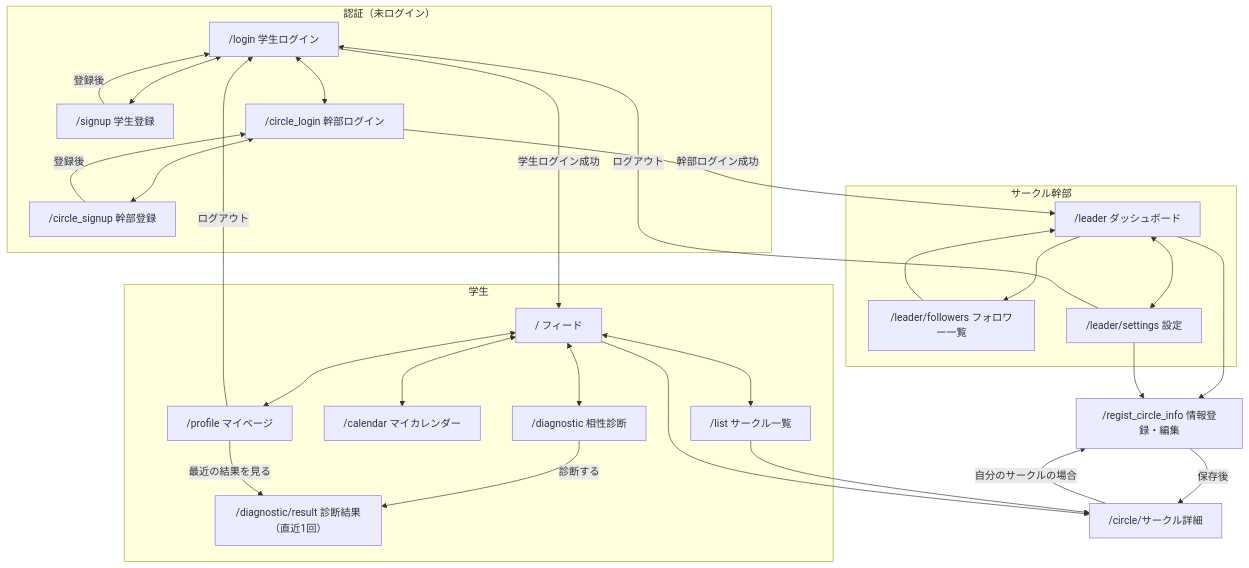
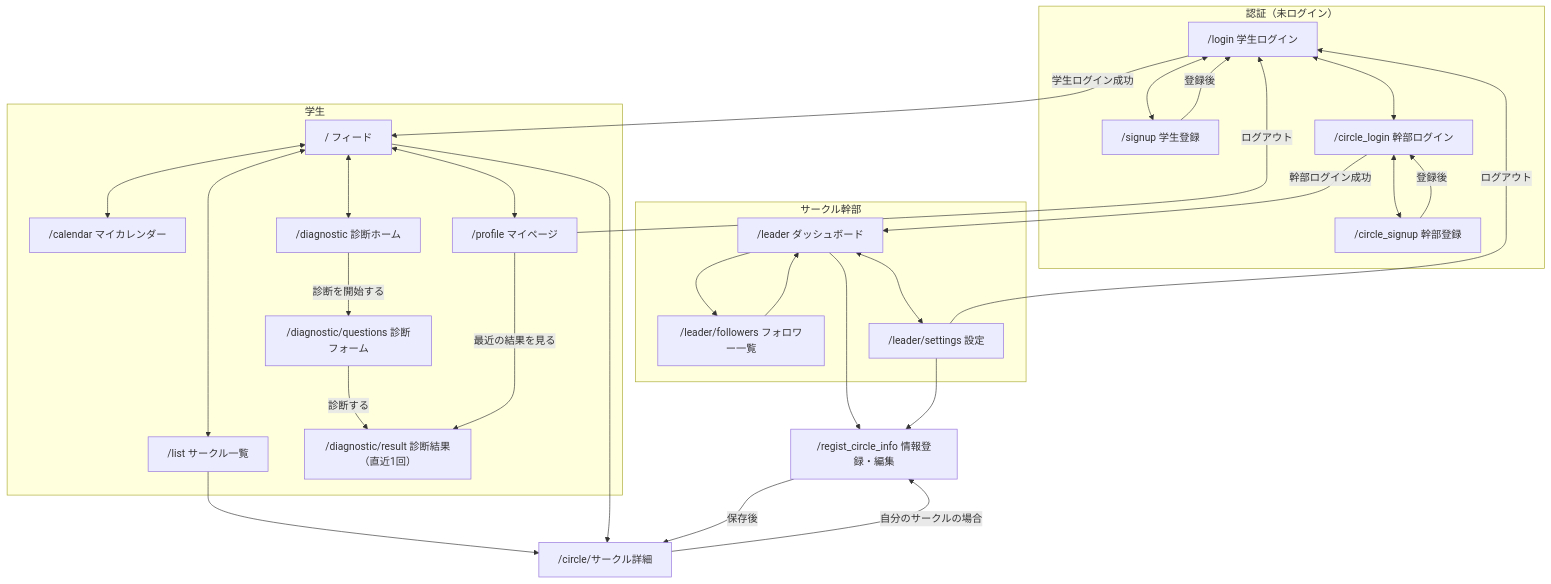
The diagram in README.md (Ankou369/circle_search_app), drawn with Mermaid before and after one commit. The commit also changed 4 other files, not shown here.

Commit message:
診断にホーム画面を追加: /diagnostic は診断ホーム（説明・前回結果・開始ボタン）にし、フォームを /diagnostic/questions へ分離。結果画面の右上に「診断ホーム」ボタンを追加し、「もう一度診断する」はフォームへ直行するよう変更

````diff
--- a/README.md
+++ b/README.md
@@ -9,48 +9,50 @@
 ```mermaid
 flowchart TD
     subgraph auth ["認証（未ログイン）"]
         L["/login 学生ログイン"]
         SU["/signup 学生登録"]
         CL["/circle_login 幹部ログイン"]
         CS["/circle_signup 幹部登録"]
         L <--> SU
         CL <--> CS
         L <--> CL
     end
     subgraph student ["学生"]
         HOME["/ フィード"]
         LIST["/list サークル一覧"]
         CAL["/calendar マイカレンダー"]
         PROF["/profile マイページ"]
-        DIAG["/diagnostic 相性診断"]
+        DIAG["/diagnostic 診断ホーム"]
+        QUES["/diagnostic/questions 診断フォーム"]
         RES["/diagnostic/result 診断結果（直近1回）"]
         HOME <--> LIST
         HOME <--> CAL
         HOME <--> PROF
         HOME <--> DIAG
-        DIAG -->|診断する| RES
+        DIAG -->|診断を開始する| QUES
+        QUES -->|診断する| RES
         PROF -->|最近の結果を見る| RES
     end
     subgraph leader ["サークル幹部"]
         DASH["/leader ダッシュボード"]
         FOL["/leader/followers フォロワー一覧"]
         SET["/leader/settings 設定"]
         DASH <--> SET
         DASH --> FOL
         FOL --> DASH
     end
     DET["/circle/サークル詳細"]
     REG["/regist_circle_info 情報登録・編集"]
     L -->|学生ログイン成功| HOME
     SU -->|登録後| L
     CL -->|幹部ログイン成功| DASH
     CS -->|登録後| CL
     LIST --> DET
     HOME --> DET
     DASH --> REG
     SET --> REG
     DET -->|自分のサークルの場合| REG
     REG -->|保存後| DET
     PROF -->|ログアウト| L
     SET -->|ログアウト| L
 ```
````
